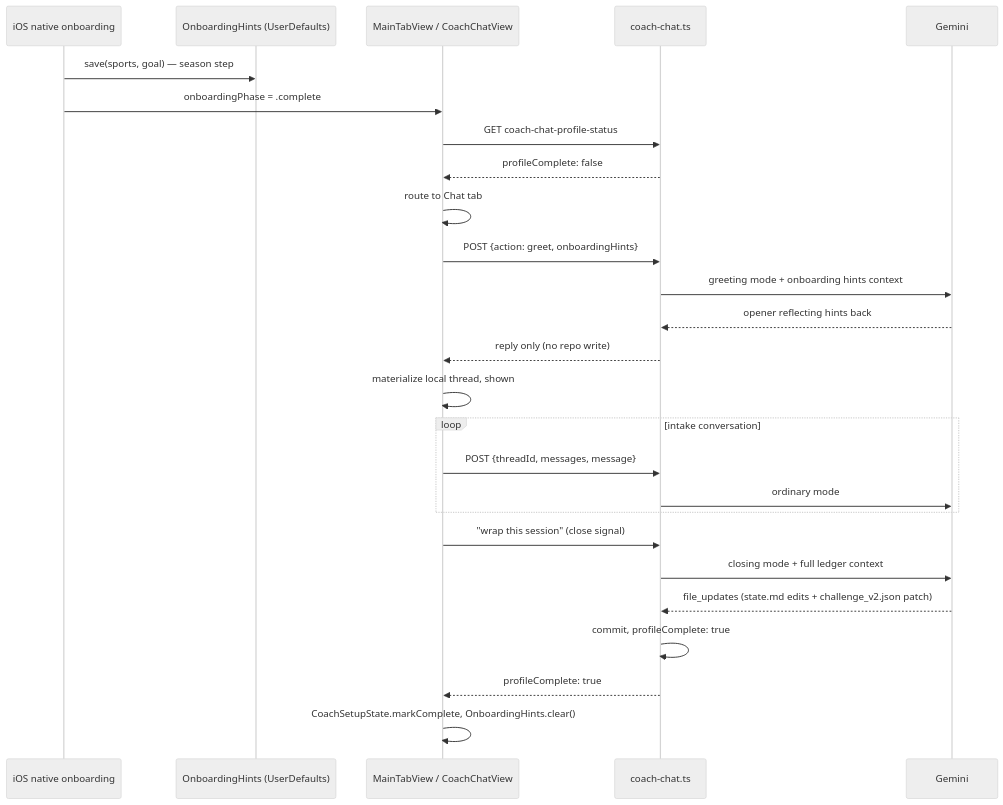
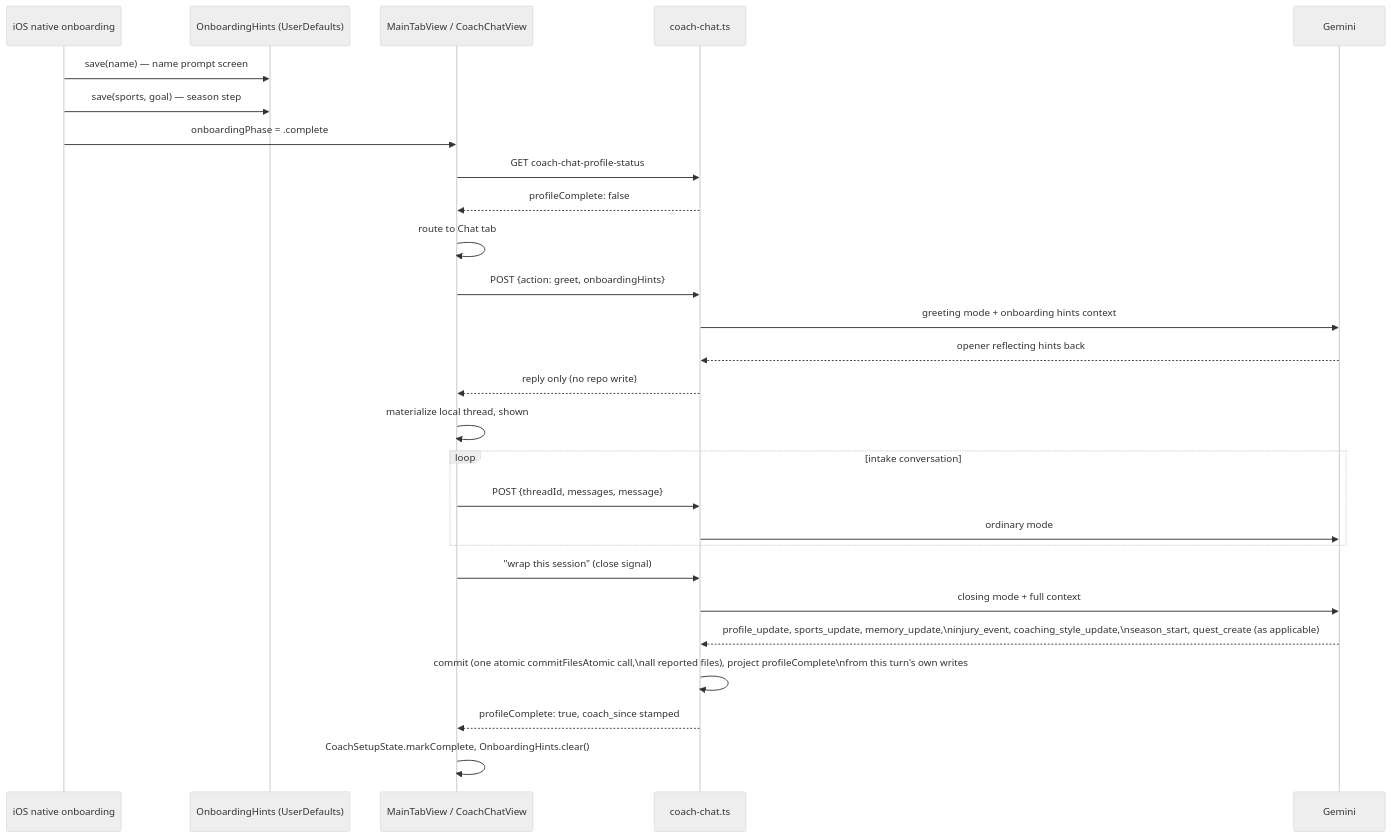
Before and after one commit to sibling-shipyard/coach-hq: the fourth of 4 diagrams in docs/eng-docs/coach-chat-flow.md, drawn with Mermaid (neutral theme). The commit also changed other lines of this file and 3 other files, not shown here.

````diff
--- a/docs/eng-docs/coach-chat-flow.md
+++ b/docs/eng-docs/coach-chat-flow.md
@@ -320,28 +321,29 @@
 ```mermaid
 sequenceDiagram
     participant Native as iOS native onboarding
     participant Hints as OnboardingHints (UserDefaults)
     participant App as MainTabView / CoachChatView
     participant Server as coach-chat.ts
     participant Gemini
+    Native->>Hints: save(name) — name prompt screen
     Native->>Hints: save(sports, goal) — season step
     Native->>App: onboardingPhase = .complete
     App->>Server: GET coach-chat-profile-status
     Server-->>App: profileComplete: false
     App->>App: route to Chat tab
     App->>Server: POST {action: greet, onboardingHints}
     Server->>Gemini: greeting mode + onboarding hints context
     Gemini-->>Server: opener reflecting hints back
     Server-->>App: reply only (no repo write)
     App->>App: materialize local thread, shown
     loop intake conversation
         App->>Server: POST {threadId, messages, message}
         Server->>Gemini: ordinary mode
     end
     App->>Server: "wrap this session" (close signal)
-    Server->>Gemini: closing mode + full ledger context
-    Gemini-->>Server: file_updates (state.md edits + challenge_v2.json patch)
-    Server->>Server: commit, profileComplete: true
-    Server-->>App: profileComplete: true
+    Server->>Gemini: closing mode + full context
+    Gemini-->>Server: profile_update, sports_update, memory_update,\ninjury_event, coaching_style_update,\nseason_start, quest_create (as applicable)
+    Server->>Server: commit (one atomic commitFilesAtomic call,\nall reported files), project profileComplete\nfrom this turn's own writes
+    Server-->>App: profileComplete: true, coach_since stamped
     App->>App: CoachSetupState.markComplete, OnboardingHints.clear()
 ```
````
